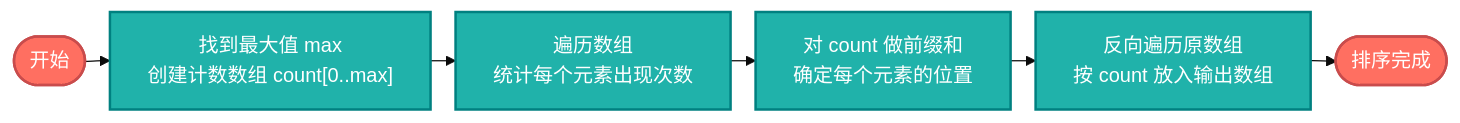
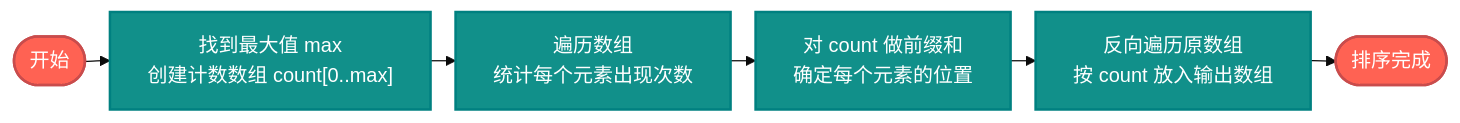
One commit to microwind/algorithms changed the tenth of 15 diagrams in sorting/AI-Era-Top-10-Sorting-Algorithms.md. Above: the diagram before and after it, drawn with Mermaid (base theme). The commit also changed other lines of this file and 2 other files, not shown here.

````diff
--- a/sorting/AI-Era-Top-10-Sorting-Algorithms.md
+++ b/sorting/AI-Era-Top-10-Sorting-Algorithms.md
@@ -624,16 +644,16 @@
 ```mermaid
 %%{init: {'flowchart': {'nodeSpacing': 10, 'rankSpacing': 20, 'padding': 15}}}%%
 graph LR
     S(["开始"]) --> RANGE["找到最大值 max\n创建计数数组 count[0..max]"]
     RANGE --> COUNT["遍历数组\n统计每个元素出现次数"]
     COUNT --> PREFIX["对 count 做前缀和\n确定每个元素的位置"]
     PREFIX --> FILL["反向遍历原数组\n按 count 放入输出数组"]
     FILL --> END(["排序完成"])
 
-    classDef start fill:#ff6f61,color:#fff,stroke:#c94c4c,stroke-width:2px
-    classDef process fill:#20b2aa,color:#fff,stroke:#008080,stroke-width:2px
+    classDef start fill:#FF6253,color:#fff,stroke:#c94c4c,stroke-width:2px
+    classDef process fill:#11908A,color:#fff,stroke:#008080,stroke-width:2px
 
 
     class S,END start
     class RANGE,COUNT,PREFIX,FILL process
 ```
````
